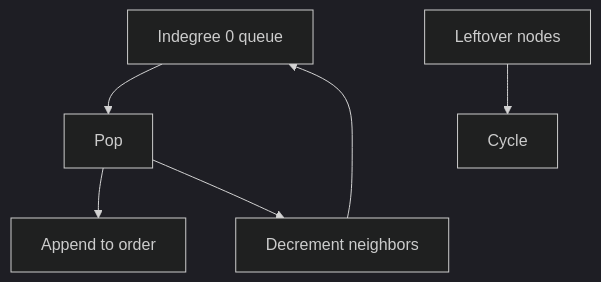
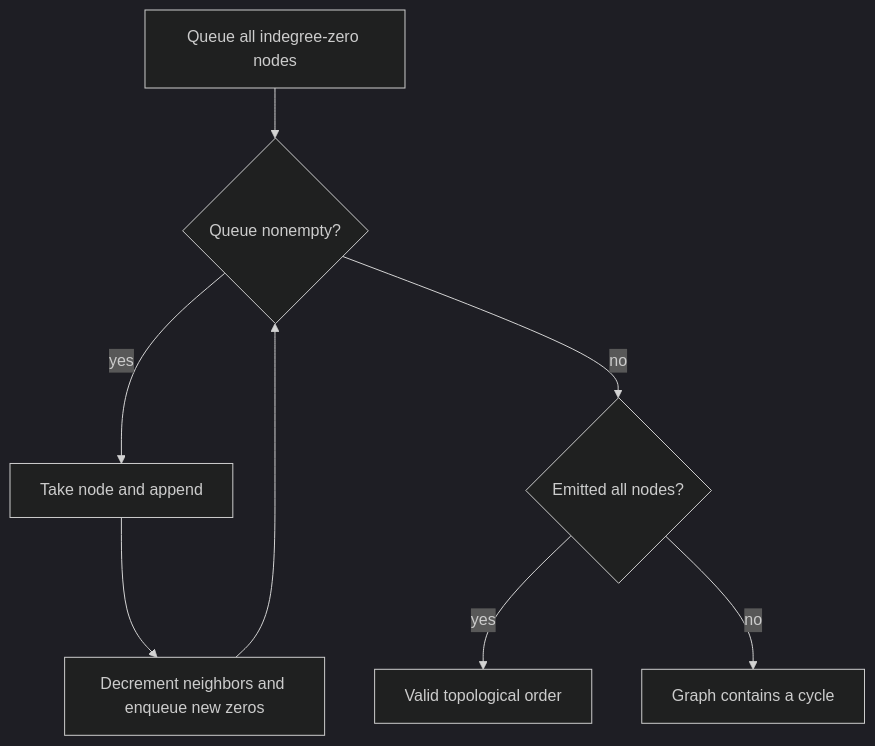
Before and after one commit to jdodsoncollins/study-material: the diagram in lessons/algorithms/patterns/topological-sort/viz/kahn.md, drawn with Mermaid (dark theme). The commit also changed 175 other files, not shown here.

````diff
--- a/lessons/algorithms/patterns/topological-sort/viz/kahn.md
+++ b/lessons/algorithms/patterns/topological-sort/viz/kahn.md
@@ -3,8 +3,10 @@
 ```mermaid
 flowchart TB
-  zeros[Indegree 0 queue] --> node[Pop]
-  node --> out[Append to order]
-  node --> dec[Decrement neighbors]
-  dec --> zeros
-  leftover[Leftover nodes] --> cycle[Cycle]
+  zeros[Queue all indegree-zero nodes] --> more{Queue nonempty?}
+  more -->|yes| out[Take node and append]
+  out --> dec[Decrement neighbors and enqueue new zeros]
+  dec --> more
+  more -->|no| count{Emitted all nodes?}
+  count -->|yes| done[Valid topological order]
+  count -->|no| cycle[Graph contains a cycle]
 ```
````
